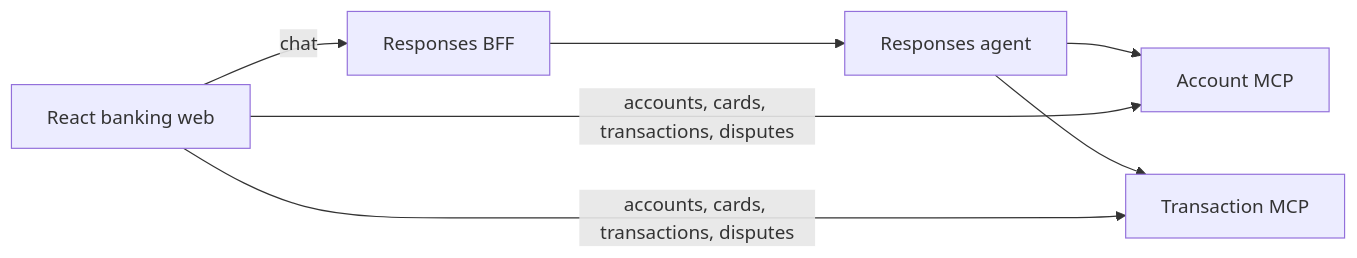
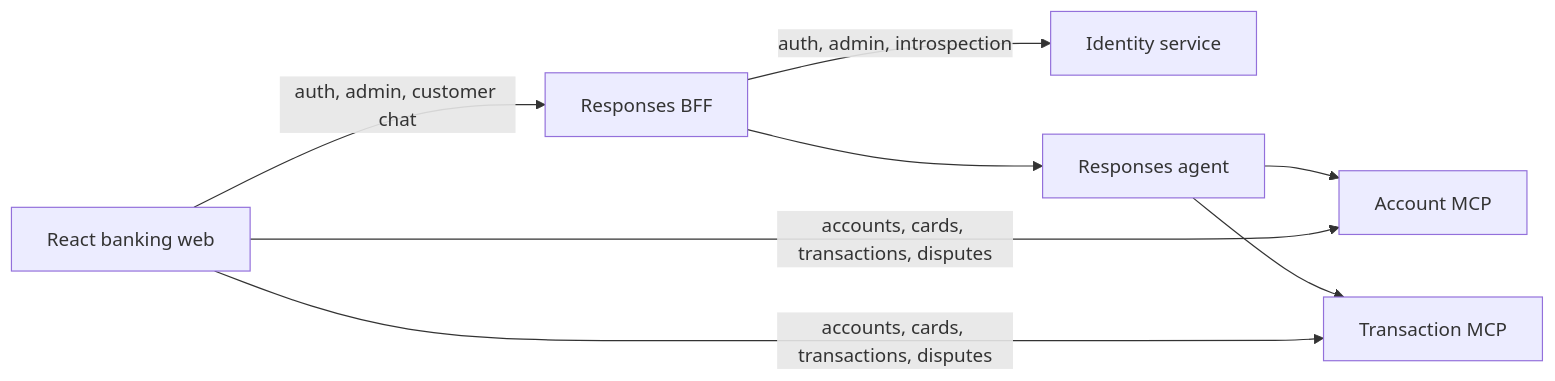
The diagram in AGENTS.md (cristofima/factored-hackathon-2026-cristopher-coronado), drawn with Mermaid before and after one commit. The commit also changed other lines of this file and 1 other file, not shown here.

First line of the commit message:
docs(repo): align setup and contributor guide with Identity

````diff
--- a/AGENTS.md
+++ b/AGENTS.md
@@ -12,9 +12,10 @@
 ```mermaid
 flowchart LR
-    Browser[React banking web] -->|chat| BFF[Responses BFF]
+    Browser[React banking web] -->|auth, admin, customer chat| BFF[Responses BFF]
+    BFF -->|auth, admin, introspection| Identity[Identity service]
     BFF --> Agent[Responses agent]
     Agent --> Account[Account MCP]
     Agent --> Transaction[Transaction MCP]
     Browser -->|accounts, cards, transactions, disputes| Account
     Browser -->|accounts, cards, transactions, disputes| Transaction
 ```
````
